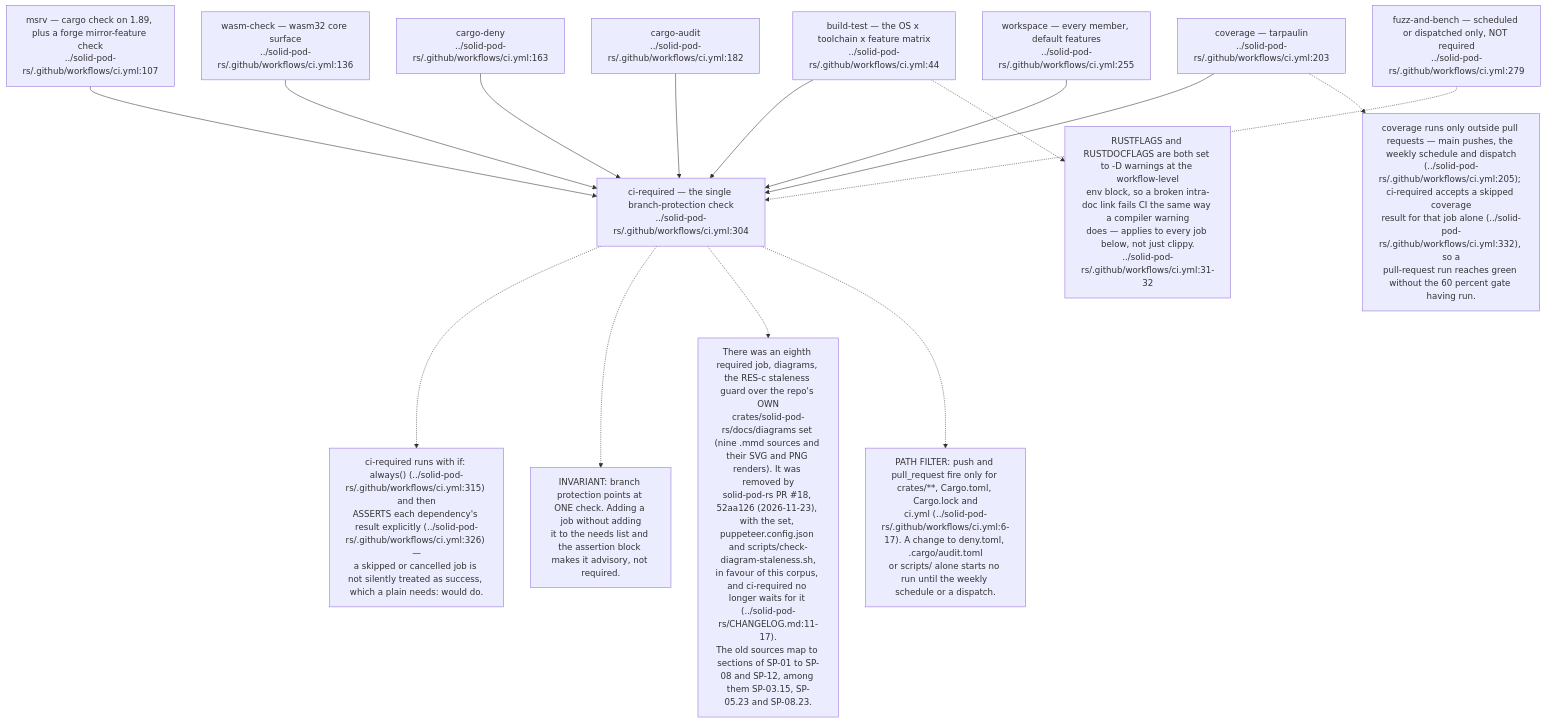
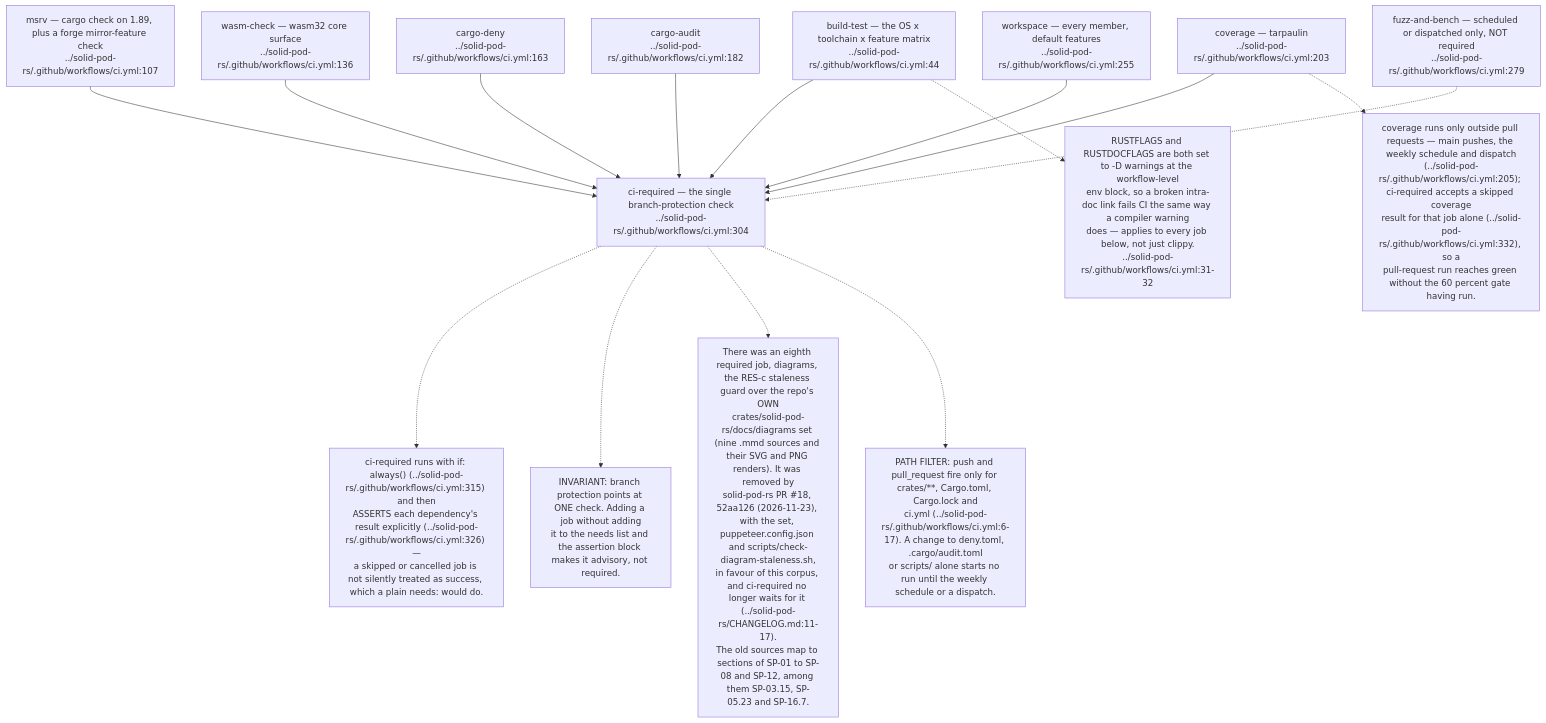
One commit to DreamLab-AI/VisionFlow changed the first of 10 diagrams in docs/diagrams/solid-pod-rs/09-ci-release-and-consumer-pins.md. Above: the diagram before and after it, drawn with Mermaid. The commit also changed 4 other files, not shown here.

First line of the commit message:
docs(diagrams): split SP-08 into SP-08, SP-16 (notifications) and SP-17 (forge, MCP)

````diff
--- a/docs/diagrams/solid-pod-rs/09-ci-release-and-consumer-pins.md
+++ b/docs/diagrams/solid-pod-rs/09-ci-release-and-consumer-pins.md
@@ -50,34 +50,34 @@
 ```mermaid
 flowchart TD
     BT["build-test — the OS x toolchain x feature matrix<br/>../solid-pod-rs/.github/workflows/ci.yml:44"]
     MSRV["msrv — cargo check on 1.89, plus a forge mirror-feature check<br/>../solid-pod-rs/.github/workflows/ci.yml:107"]
     WASM["wasm-check — wasm32 core surface<br/>../solid-pod-rs/.github/workflows/ci.yml:136"]
     DENY["cargo-deny<br/>../solid-pod-rs/.github/workflows/ci.yml:163"]
     AUDIT["cargo-audit<br/>../solid-pod-rs/.github/workflows/ci.yml:182"]
     COV["coverage — tarpaulin<br/>../solid-pod-rs/.github/workflows/ci.yml:203"]
     WS["workspace — every member, default features<br/>../solid-pod-rs/.github/workflows/ci.yml:255"]
     FZ["fuzz-and-bench — scheduled or dispatched only, NOT required<br/>../solid-pod-rs/.github/workflows/ci.yml:279"]
     REQ["ci-required — the single branch-protection check<br/>../solid-pod-rs/.github/workflows/ci.yml:304"]
 
     BT --> REQ
     MSRV --> REQ
     WASM --> REQ
     DENY --> REQ
     AUDIT --> REQ
     COV --> REQ
     WS --> REQ
     FZ -.-> REQ
 
     N["ci-required runs with if: always() (../solid-pod-rs/.github/workflows/ci.yml:315) and then<br/>ASSERTS each dependency's result explicitly (../solid-pod-rs/.github/workflows/ci.yml:326) —<br/>a skipped or cancelled job is not silently treated as success, which a plain needs: would do."]
     REQ -.-> N
     N2["INVARIANT: branch protection points at ONE check. Adding a job without adding<br/>it to the needs list and the assertion block makes it advisory, not required."]
     REQ -.-> N2
     N2B["coverage runs only outside pull requests — main pushes, the weekly schedule and dispatch<br/>(../solid-pod-rs/.github/workflows/ci.yml:205); ci-required accepts a skipped coverage<br/>result for that job alone (../solid-pod-rs/.github/workflows/ci.yml:332), so a<br/>pull-request run reaches green without the 60 percent gate having run."]
     COV -.-> N2B
     N3["RUSTFLAGS and RUSTDOCFLAGS are both set to -D warnings at the workflow-level<br/>env block, so a broken intra-doc link fails CI the same way a compiler warning<br/>does — applies to every job below, not just clippy.<br/>../solid-pod-rs/.github/workflows/ci.yml:31-32"]
     BT -.-> N3
-    N4["There was an eighth required job, diagrams, the RES-c staleness guard over the repo's OWN<br/>crates/solid-pod-rs/docs/diagrams set (nine .mmd sources and their SVG and PNG renders). It was removed by<br/>solid-pod-rs PR #18, 52aa126 (2026-11-23), with the set, puppeteer.config.json and scripts/check-diagram-staleness.sh,<br/>in favour of this corpus, and ci-required no longer waits for it (../solid-pod-rs/CHANGELOG.md:11-17).<br/>The old sources map to sections of SP-01 to SP-08 and SP-12, among them SP-03.15, SP-05.23 and SP-08.23."]
+    N4["There was an eighth required job, diagrams, the RES-c staleness guard over the repo's OWN<br/>crates/solid-pod-rs/docs/diagrams set (nine .mmd sources and their SVG and PNG renders). It was removed by<br/>solid-pod-rs PR #18, 52aa126 (2026-11-23), with the set, puppeteer.config.json and scripts/check-diagram-staleness.sh,<br/>in favour of this corpus, and ci-required no longer waits for it (../solid-pod-rs/CHANGELOG.md:11-17).<br/>The old sources map to sections of SP-01 to SP-08 and SP-12, among them SP-03.15, SP-05.23 and SP-16.7."]
     REQ -.-> N4
     N5["PATH FILTER: push and pull_request fire only for crates/**, Cargo.toml, Cargo.lock and<br/>ci.yml (../solid-pod-rs/.github/workflows/ci.yml:6-17). A change to deny.toml, .cargo/audit.toml<br/>or scripts/ alone starts no run until the weekly schedule or a dispatch."]
     REQ -.-> N5
 ```
````
